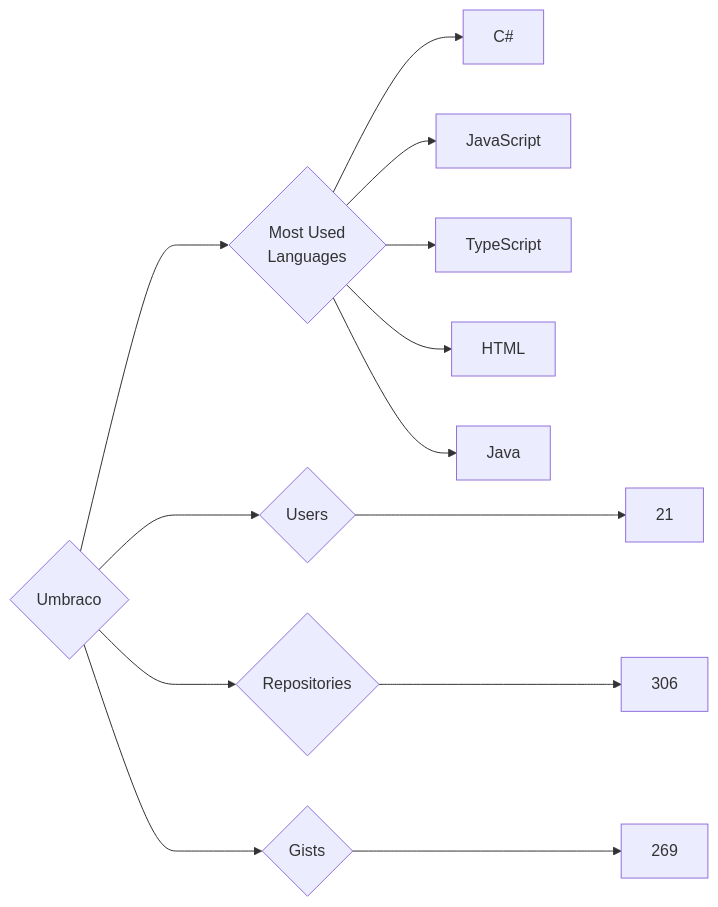
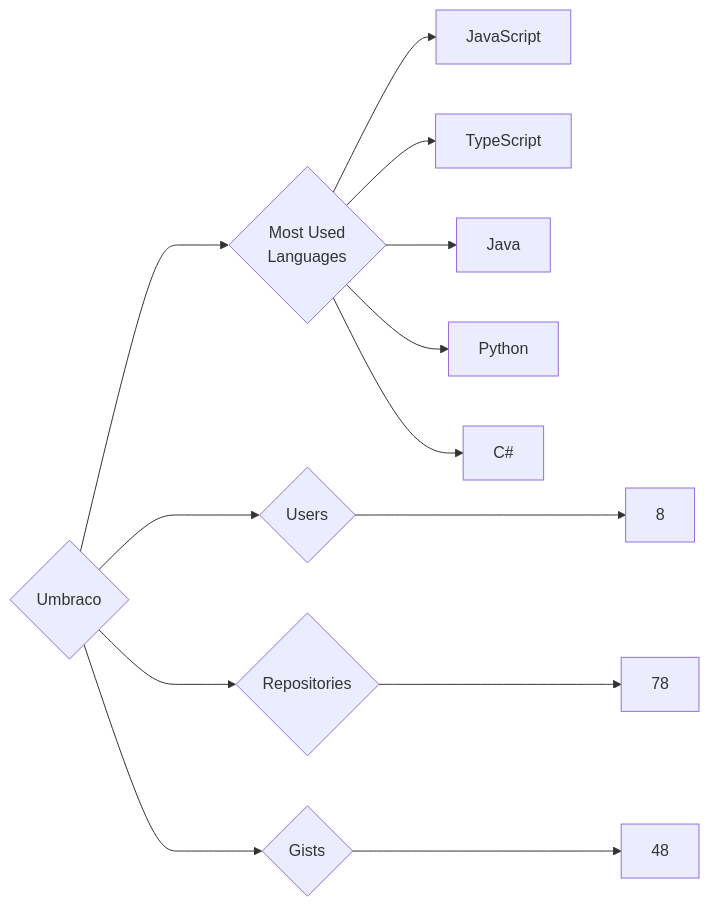
One commit to trickest/insiders changed the diagram in targets/Umbraco/README.md. Above: the diagram before and after it, drawn with Mermaid. The commit also changed 1496 other files, not shown here.

````diff
--- a/targets/Umbraco/README.md
+++ b/targets/Umbraco/README.md
@@ -3,13 +3,13 @@
 ```mermaid
 graph LR
 COMPANY_NAME{Umbraco}
-COMPANY_NAME ---> U{Users} ---> UN[21]
-COMPANY_NAME ---> R{Repositories} ---> RN[306]
-COMPANY_NAME ---> G{Gists} ---> GN[269]
+COMPANY_NAME ---> U{Users} ---> UN[8]
+COMPANY_NAME ---> R{Repositories} ---> RN[78]
+COMPANY_NAME ---> G{Gists} ---> GN[48]
 COMPANY_NAME ---> ML{Most Used<br>Languages}
-ML --> C#[C#]
 ML --> JavaScript[JavaScript]
 ML --> TypeScript[TypeScript]
-ML --> HTML[HTML]
 ML --> Java[Java]
+ML --> Python[Python]
+ML --> C#[C#]
 ```
````
